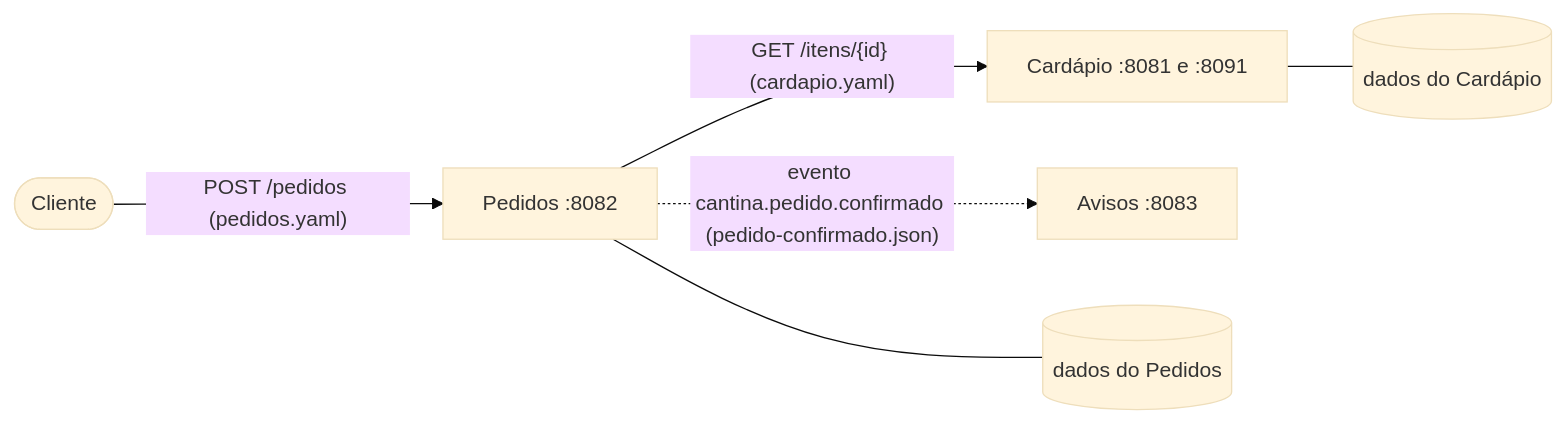
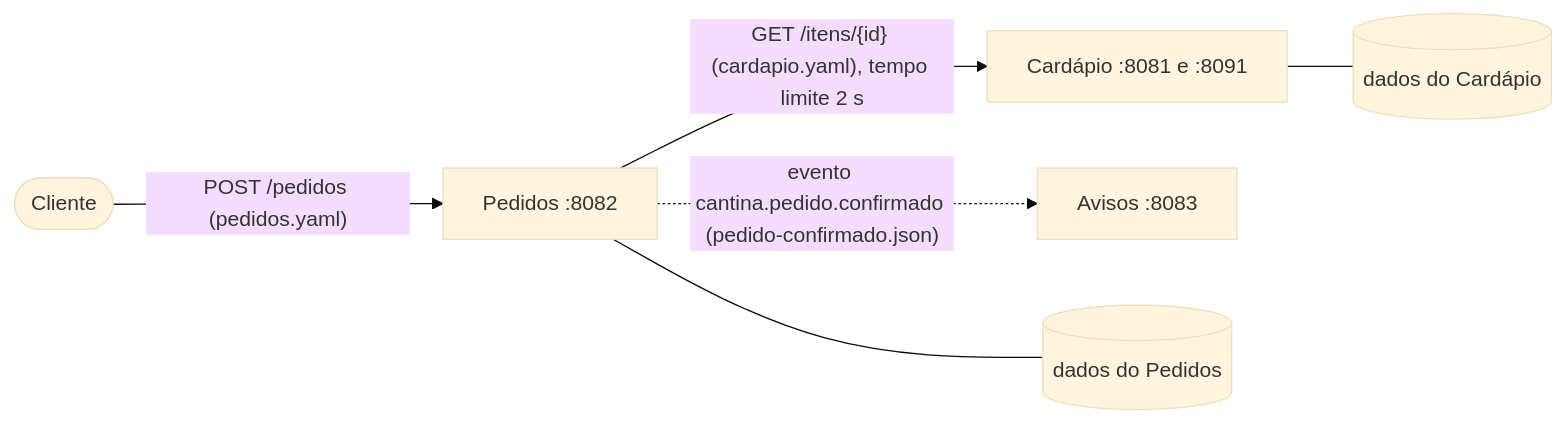
One commit to renan-utida/cantina-soa changed the diagram in arquitetura/estrutura.md. Above: the diagram before and after it, drawn with Mermaid (base theme). The commit also changed 21 other files, not shown here.

Commit message:
Missão 3: serviço Pedidos com composição e tempo limite (prova de fogo pendente)

````diff
--- a/arquitetura/estrutura.md
+++ b/arquitetura/estrutura.md
@@ -3,8 +3,8 @@
 ```mermaid
 flowchart LR
   cliente([Cliente]) -->|"POST /pedidos (pedidos.yaml)"| pedidos["Pedidos :8082"]
-  pedidos -->|"GET /itens/{id} (cardapio.yaml)"| cardapio["Cardápio :8081 e :8091"]
+  pedidos -->|"GET /itens/{id} (cardapio.yaml), tempo limite 2 s"| cardapio["Cardápio :8081 e :8091"]
   pedidos -.->|"evento cantina.pedido.confirmado (pedido-confirmado.json)"| avisos["Avisos :8083"]
   pedidos --- dbP[("dados do Pedidos")]
   cardapio --- dbC[("dados do Cardápio")]
 ```
````
